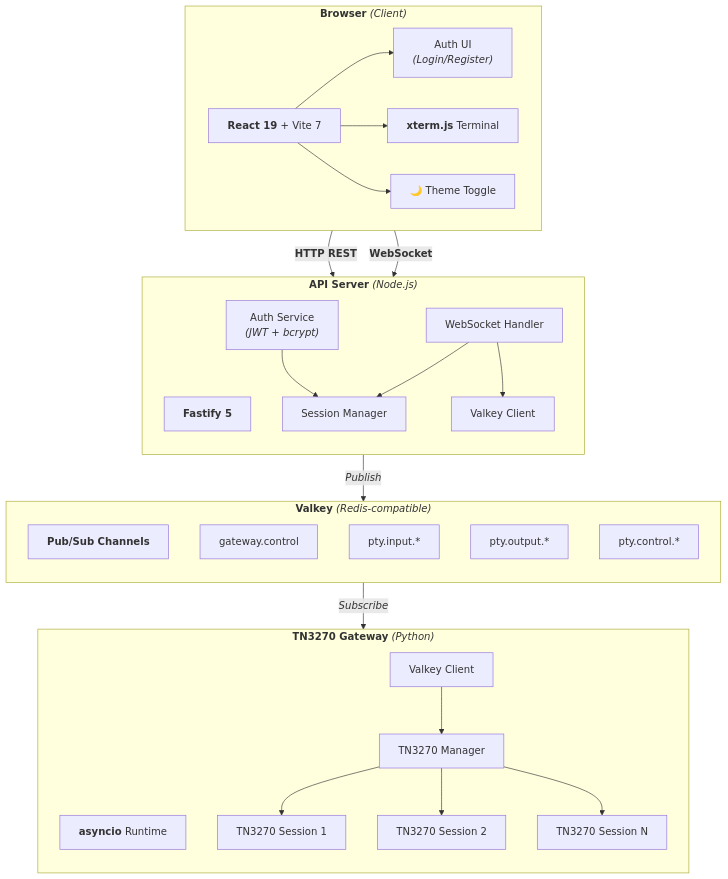
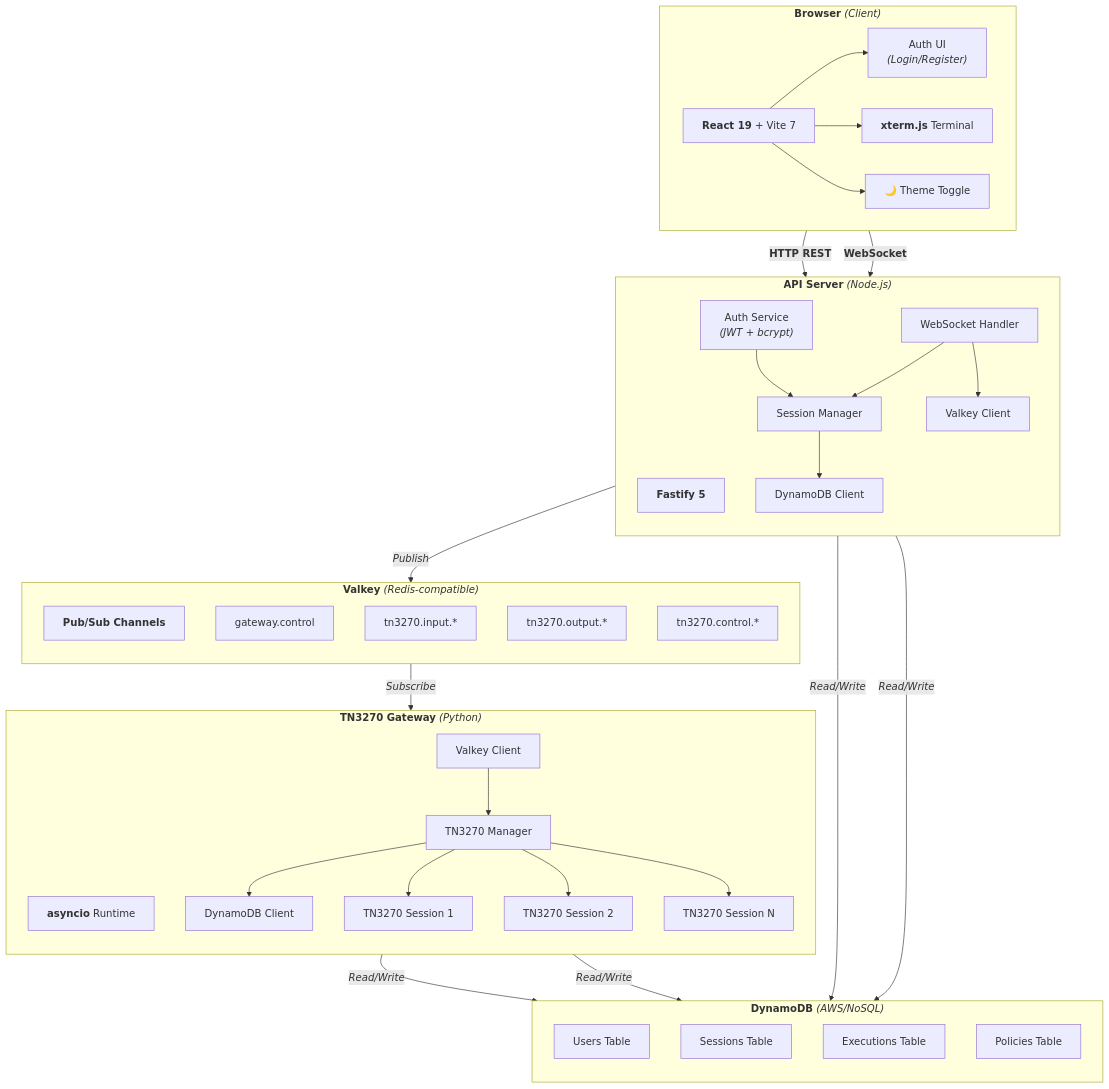
The first of 8 diagrams in docs/diagrams.md (necrokings/iast), drawn with Mermaid before and after one commit. The commit also changed other lines of this file and 2 other files, not shown here.

Commit message:
Update documentation to reflect DynamoDB as required dependency
- Add DynamoDB to system architecture diagram
- Include DynamoDB in component dependencies diagram
- Update prerequisites to mention required DynamoDB setup
- Add DynamoDB environment variables to README
- Update quick start to include DynamoDB infrastructure

DynamoDB is now documented as a required component for persistence.

````diff
--- a/docs/diagrams.md
+++ b/docs/diagrams.md
@@ -5,54 +5,68 @@
 ```mermaid
 flowchart TB
     subgraph Browser["` **Browser** _(Client)_ `"]
         direction LR
         React["`**React 19** + Vite 7`"]
         XTerm["`**xterm.js** Terminal`"]
         Auth["`Auth UI
         _(Login/Register)_`"]
         Theme["`🌙 Theme Toggle`"]
     end
 
     subgraph API["` **API Server** _(Node.js)_ `"]
         direction TB
         Fastify["`**Fastify 5**`"]
         WS["`WebSocket Handler`"]
         AuthService["`Auth Service
         _(JWT + bcrypt)_`"]
         Session["`Session Manager`"]
         ValkeyClient1["`Valkey Client`"]
+        DynamoDBClient1["`DynamoDB Client`"]
     end
 
     subgraph Valkey["` **Valkey** _(Redis-compatible)_ `"]
         direction TB
         PubSub["`**Pub/Sub Channels**`"]
         GatewayCtrl["`gateway.control`"]
-        PtyInput["`pty.input.*`"]
-        PtyOutput["`pty.output.*`"]
-        PtyControl["`pty.control.*`"]
+        Tn3270Input["`tn3270.input.*`"]
+        Tn3270Output["`tn3270.output.*`"]
+        Tn3270Control["`tn3270.control.*`"]
+    end
+
+    subgraph DynamoDB["` **DynamoDB** _(AWS/NoSQL)_ `"]
+        direction TB
+        UsersTable["`Users Table`"]
+        SessionsTable["`Sessions Table`"]
+        ExecutionsTable["`Executions Table`"]
+        PoliciesTable["`Policies Table`"]
     end
 
     subgraph Gateway["` **TN3270 Gateway** _(Python)_ `"]
         direction TB
         AsyncIO["`**asyncio** Runtime`"]
         ValkeyClient2["`Valkey Client`"]
+        DynamoDBClient2["`DynamoDB Client`"]
         Tn3270Manager["`TN3270 Manager`"]
         Tn3270Session1["`TN3270 Session 1`"]
         Tn3270Session2["`TN3270 Session 2`"]
         Tn3270SessionN["`TN3270 Session N`"]
     end
 
     React --> Auth & XTerm & Theme
-    
+
     Auth -->|"`**HTTP REST**`"| AuthService
     XTerm -->|"`**WebSocket**`"| WS
-    
+
     WS --> Session & ValkeyClient1
     AuthService --> Session
-    
+    Session --> DynamoDBClient1
+    DynamoDBClient1 -->|"`_Read/Write_`"| UsersTable & SessionsTable
+
     ValkeyClient1 -->|"`_Publish_`"| PubSub
     PubSub -->|"`_Subscribe_`"| ValkeyClient2
-    
+
     ValkeyClient2 --> Tn3270Manager
+    Tn3270Manager --> DynamoDBClient2
+    DynamoDBClient2 -->|"`_Read/Write_`"| ExecutionsTable & PoliciesTable
     Tn3270Manager --> Tn3270Session1 & Tn3270Session2 & Tn3270SessionN
 ```
````
